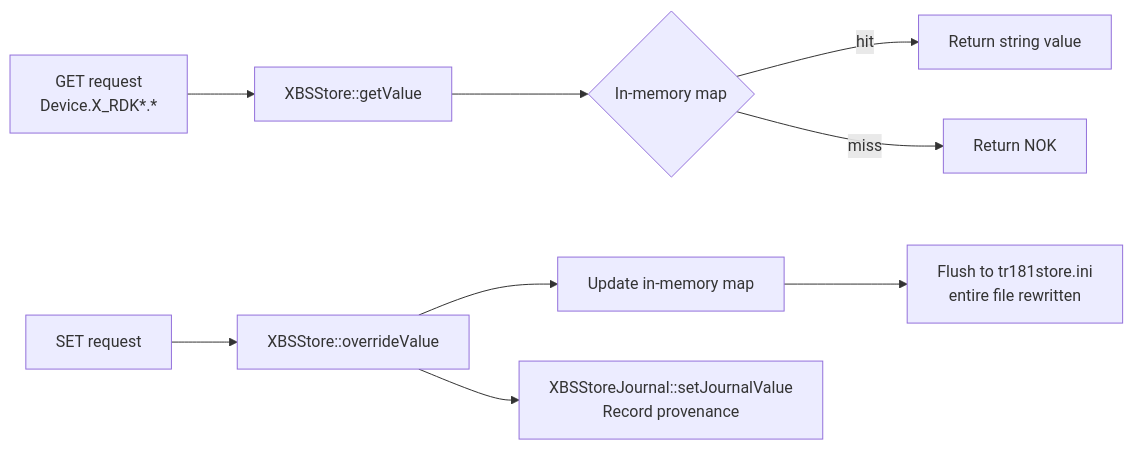
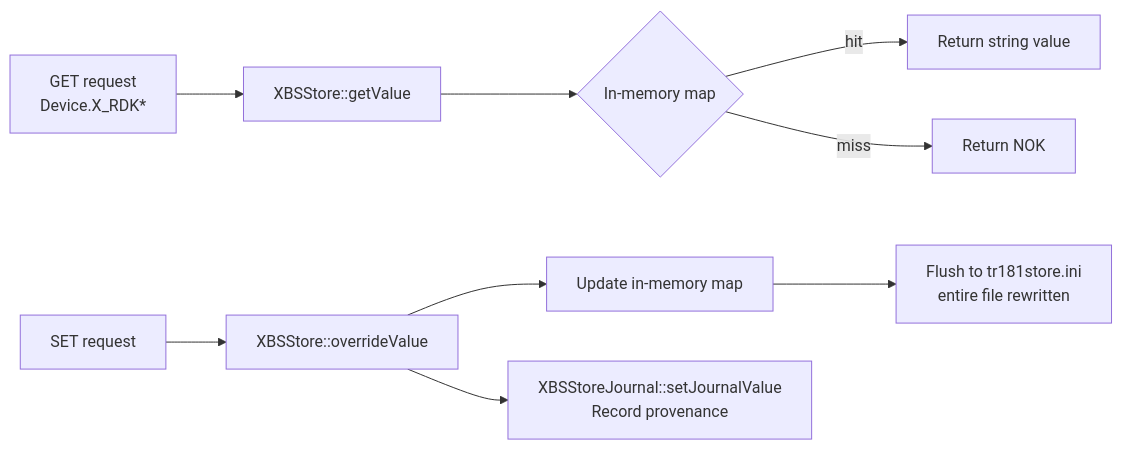
One commit to rdkcentral/tr69hostif changed the third of 4 diagrams in src/hostif/profiles/DeviceInfo/docs/README.md. Above: the diagram before and after it, drawn with Mermaid. The commit also changed other lines of this file and 10 other files, not shown here.

````diff
--- a/src/hostif/profiles/DeviceInfo/docs/README.md
+++ b/src/hostif/profiles/DeviceInfo/docs/README.md
@@ -162,12 +162,12 @@
 ```mermaid
 flowchart LR
-    GET[GET request\nDevice.X_RDK*.*] --> BS[XBSStore::getValue]
+    GET["GET request<br/>Device.X_RDK*"] --> BS[XBSStore::getValue]
     BS --> CACHE{In-memory map}
     CACHE -->|hit| STR[Return string value]
     CACHE -->|miss| NOK[Return NOK]
     
     SET[SET request] --> OV[XBSStore::overrideValue]
     OV --> MAP[Update in-memory map]
-    MAP --> INI[Flush to tr181store.ini\nentire file rewritten]
-    OV --> JOURN[XBSStoreJournal::setJournalValue\nRecord provenance]
+    MAP --> INI["Flush to tr181store.ini<br/>entire file rewritten"]
+    OV --> JOURN["XBSStoreJournal::setJournalValue<br/>Record provenance"]
 ```
````
